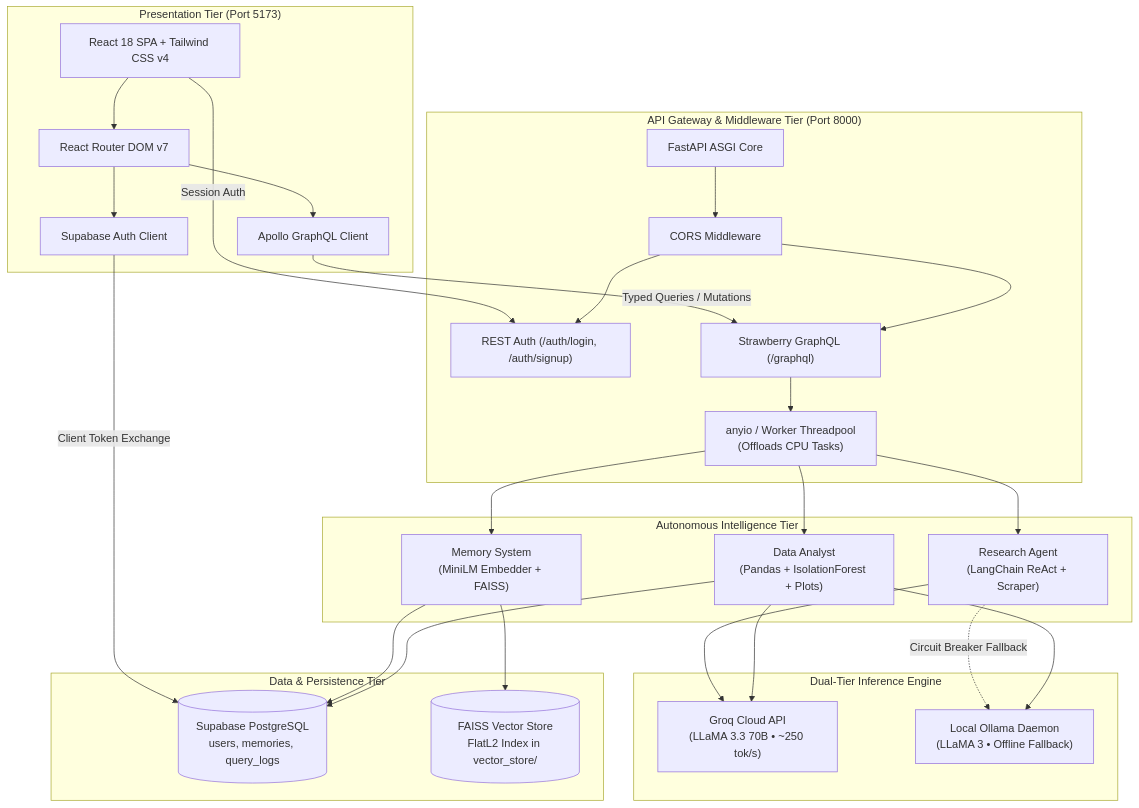
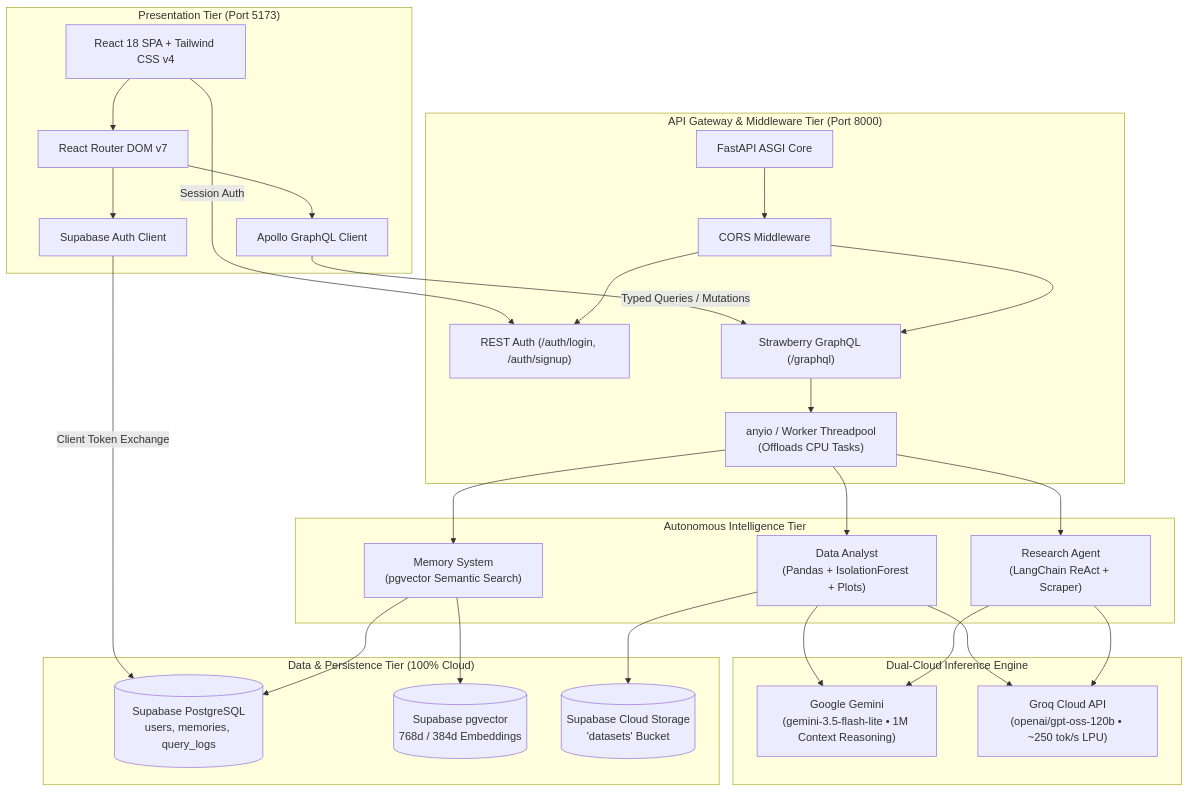
One commit to din-esh-kumar/Vectronyx changed the diagram in README.md. Above: the diagram before and after it, drawn with Mermaid. The commit also changed other lines of this file and 8 other files, not shown here.

Commit message:
docs(architecture): update documentation suite to cloud-native storage, pgvector, and Gemini/Groq dual inference

````diff
--- a/README.md
+++ b/README.md
@@ -60,60 +63,61 @@
 ```mermaid
 flowchart TB
     subgraph ClientLayer["Presentation Tier (Port 5173)"]
         UI[React 18 SPA + Tailwind CSS v4]
         Router[React Router DOM v7]
         ApolloClient[Apollo GraphQL Client]
         SupaClient[Supabase Auth Client]
     end
 
     subgraph APILayer["API Gateway & Middleware Tier (Port 8000)"]
         FastAPI[FastAPI ASGI Core]
         AuthRouter["REST Auth (/auth/login, /auth/signup)"]
         Strawberry["Strawberry GraphQL (/graphql)"]
         CORS[CORS Middleware]
         Threadpool["anyio / Worker Threadpool\n(Offloads CPU Tasks)"]
     end
 
     subgraph AgentLayer["Autonomous Intelligence Tier"]
-        Mem["Memory System\n(MiniLM Embedder + FAISS)"]
+        Data["Data Analyst\n(Pandas + IsolationForest + Plots)"]
+        Mem["Memory System\n(pgvector Semantic Search)"]
         Res["Research Agent\n(LangChain ReAct + Scraper)"]
-        Data["Data Analyst\n(Pandas + IsolationForest + Plots)"]
     end
 
-    subgraph InferenceLayer["Dual-Tier Inference Engine"]
-        Groq["Groq Cloud API\n(LLaMA 3.3 70B • ~250 tok/s)"]
-        Ollama["Local Ollama Daemon\n(LLaMA 3 • Offline Fallback)"]
+    subgraph InferenceLayer["Dual-Cloud Inference Engine"]
+        Gemini["Google Gemini\n(gemini-3.5-flash-lite • 1M Context Reasoning)"]
+        Groq["Groq Cloud API\n(openai/gpt-oss-120b • ~250 tok/s LPU)"]
     end
 
-    subgraph StorageLayer["Data & Persistence Tier"]
+    subgraph StorageLayer["Data & Persistence Tier (100% Cloud)"]
         PG[(Supabase PostgreSQL\nusers, memories, query_logs)]
-        FAISSStore[("FAISS Vector Store\nFlatL2 Index in vector_store/")]
+        PGVector[(Supabase pgvector\n768d / 384d Embeddings)]
+        SupaStorage[("Supabase Cloud Storage\n'datasets' Bucket")]
     end
 
     UI --> Router
     Router --> ApolloClient
     Router --> SupaClient
 
     ApolloClient -->|Typed Queries / Mutations| Strawberry
     UI -->|Session Auth| AuthRouter
     SupaClient -->|Client Token Exchange| PG
 
     FastAPI --> CORS
     CORS --> Strawberry
     CORS --> AuthRouter
 
     Strawberry --> Threadpool
+    Threadpool --> Data
     Threadpool --> Mem
     Threadpool --> Res
-    Threadpool --> Data
 
-    Mem --> FAISSStore
+    Data --> SupaStorage
+    Data --> Gemini
+    Data --> Groq
+
+    Mem --> PGVector
     Mem --> PG
 
+    Res --> Gemini
     Res --> Groq
-    Res -.->|Circuit Breaker Fallback| Ollama
-
-    Data --> Groq
-    Data --> Ollama
-    Data --> PG
 ```
````
